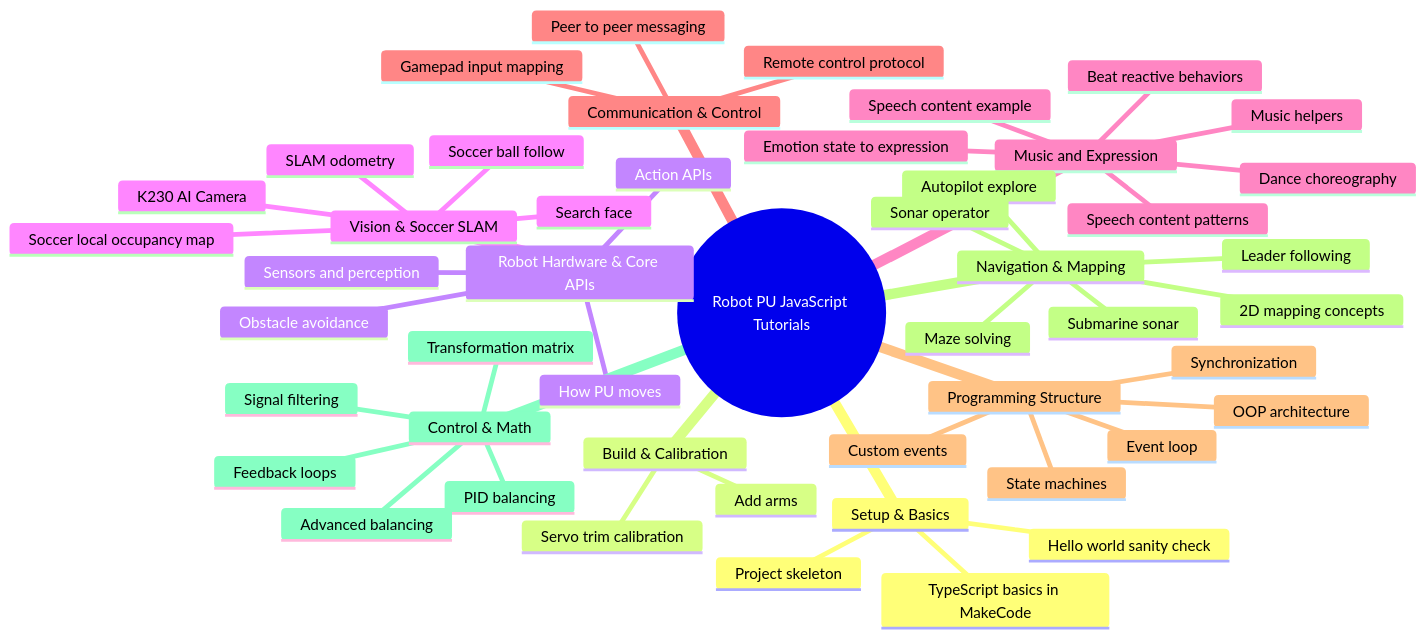
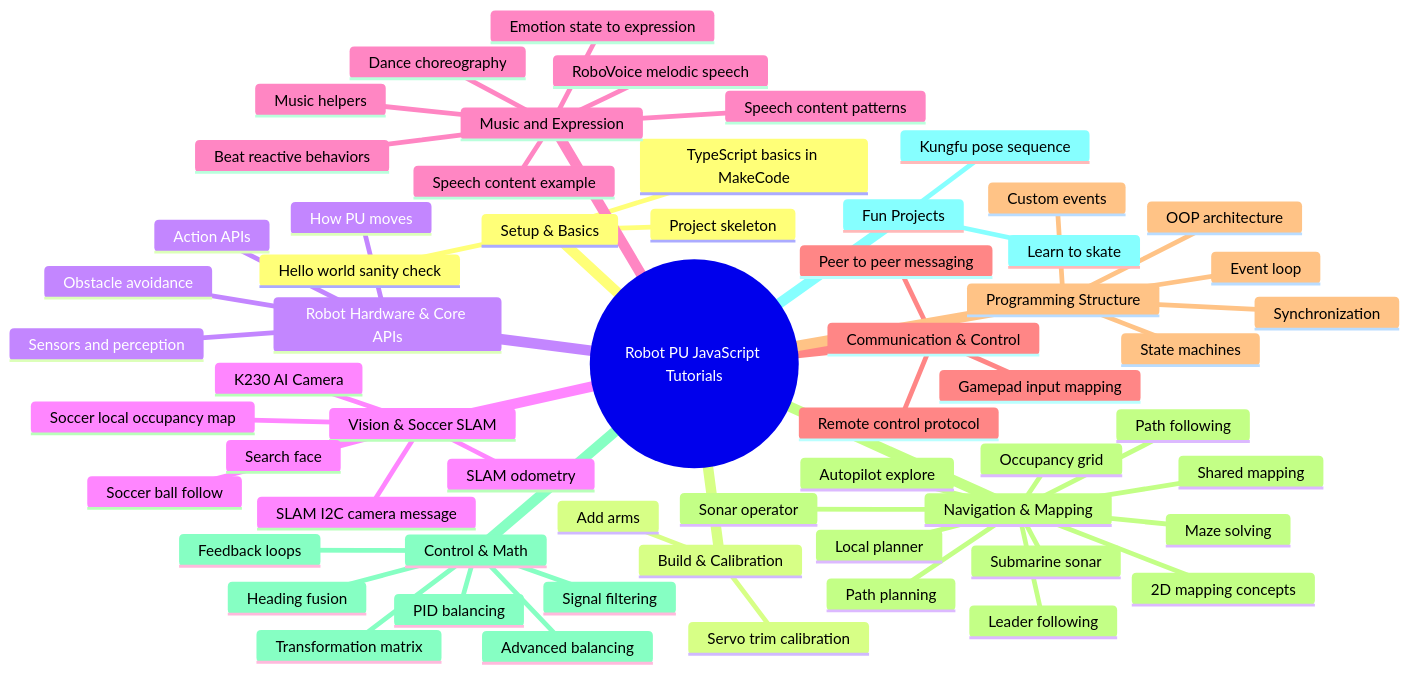
Before and after one commit to robotgyms/pxt-robotpu: the first of 2 diagrams in tutorials/JavaScripts/README.md, drawn with Mermaid. The commit also changed other lines of this file and 1 other file, not shown here.

````diff
--- a/tutorials/JavaScripts/README.md
+++ b/tutorials/JavaScripts/README.md
@@ -23,52 +23,63 @@
 ```mermaid
 mindmap
   root((Robot PU JavaScript Tutorials))
     Setup & Basics
       Project skeleton
       Hello world sanity check
       TypeScript basics in MakeCode
     Build & Calibration
       Add arms
       Servo trim calibration
     Robot Hardware & Core APIs
       How PU moves
       Action APIs
       Sensors and perception
       Obstacle avoidance
     Vision & Soccer SLAM
       K230 AI Camera
       Search face
+      SLAM I2C camera message
       SLAM odometry
       Soccer ball follow
       Soccer local occupancy map
     Music and Expression
       Beat reactive behaviors
       Music helpers
       Dance choreography
       Emotion state to expression
+      RoboVoice melodic speech
       Speech content patterns
       Speech content example
     Communication & Control
       Remote control protocol
       Gamepad input mapping
       Peer to peer messaging
     Programming Structure
       Event loop
       Custom events
       State machines
       OOP architecture
       Synchronization
     Navigation & Mapping
       Maze solving
       Autopilot explore
       Leader following
       Sonar operator
       Submarine sonar
       2D mapping concepts
+      Occupancy grid
+      Shared mapping
+      Path planning
+      Path following
+      Local planner
     Control & Math
       Transformation matrix
       Feedback loops
       Signal filtering
+      Heading fusion
       PID balancing
       Advanced balancing
+    Fun Projects
+      Kungfu pose sequence
+      Learn to skate
 ```
````
